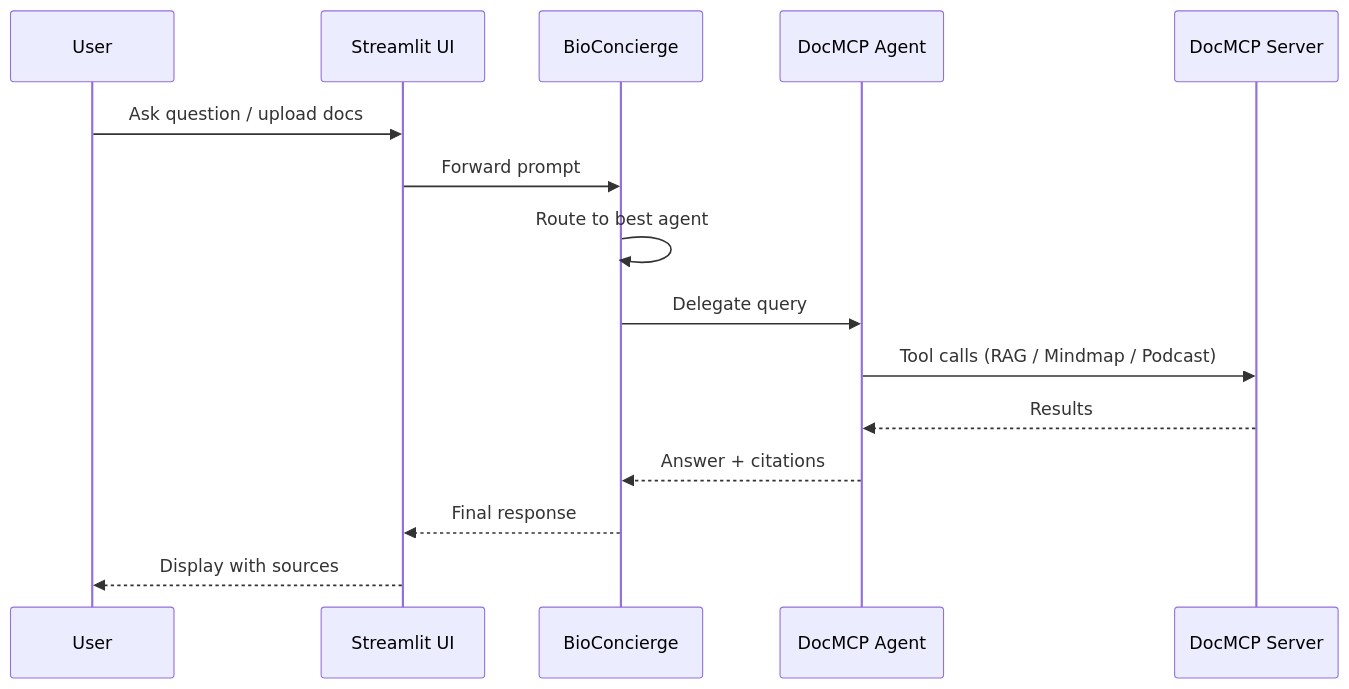
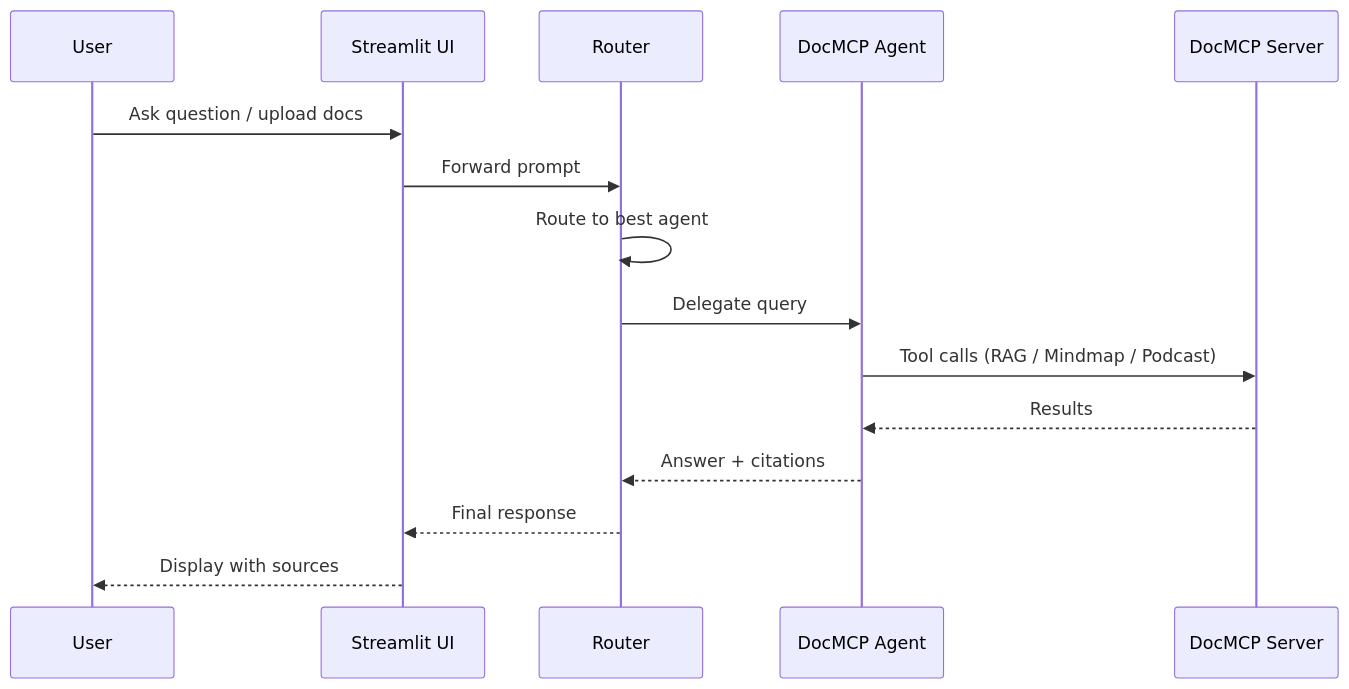
Before and after one commit to theodoremui/bioreasoning: the third of 4 diagrams in README.md, drawn with Mermaid. The commit also changed other lines of this file and 14 other files, not shown here.

Commit message:
Working version of BioRouterAgent

````diff
--- a/README.md
+++ b/README.md
@@ -111,17 +111,17 @@
 ```mermaid
 sequenceDiagram
     participant U as User
     participant UI as Streamlit UI
-    participant C as BioConcierge
+    participant C as Router
     participant A2 as DocMCP Agent
     participant D as DocMCP Server
     U->>UI: Ask question / upload docs
     UI->>C: Forward prompt
     C->>C: Route to best agent
     C->>A2: Delegate query
     A2->>D: Tool calls (RAG / Mindmap / Podcast)
     D-->>A2: Results
     A2-->>C: Answer + citations
     C-->>UI: Final response
     UI-->>U: Display with sources
 ```
````
